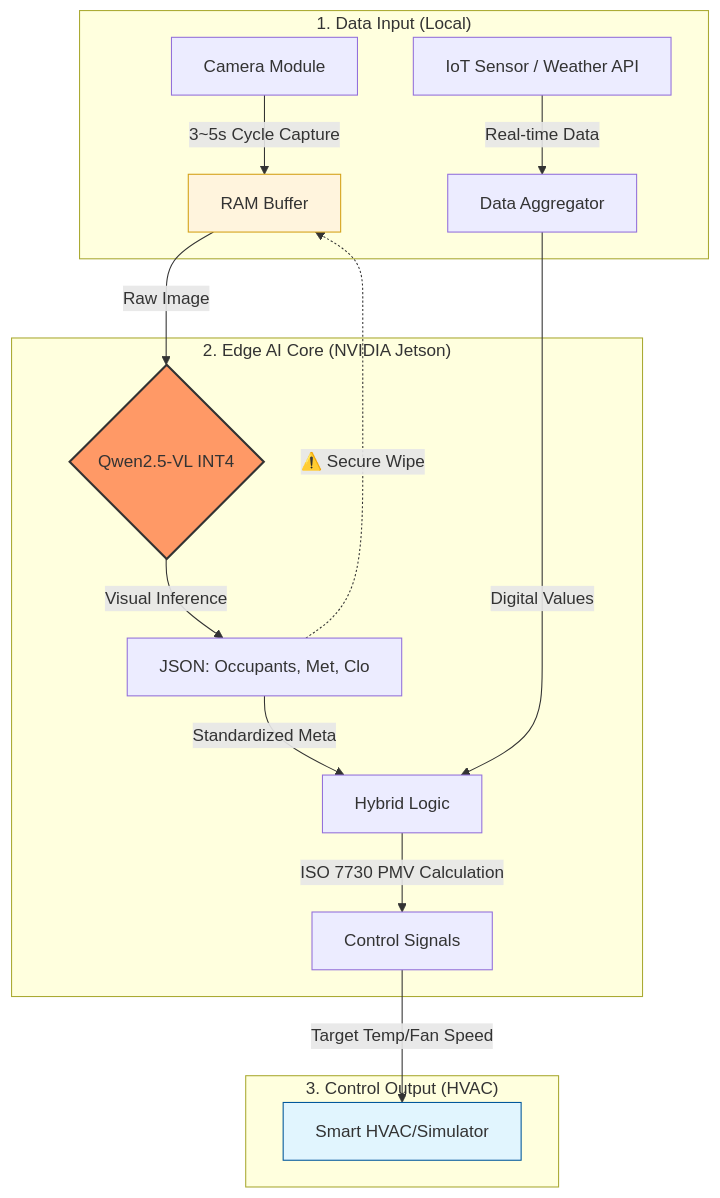
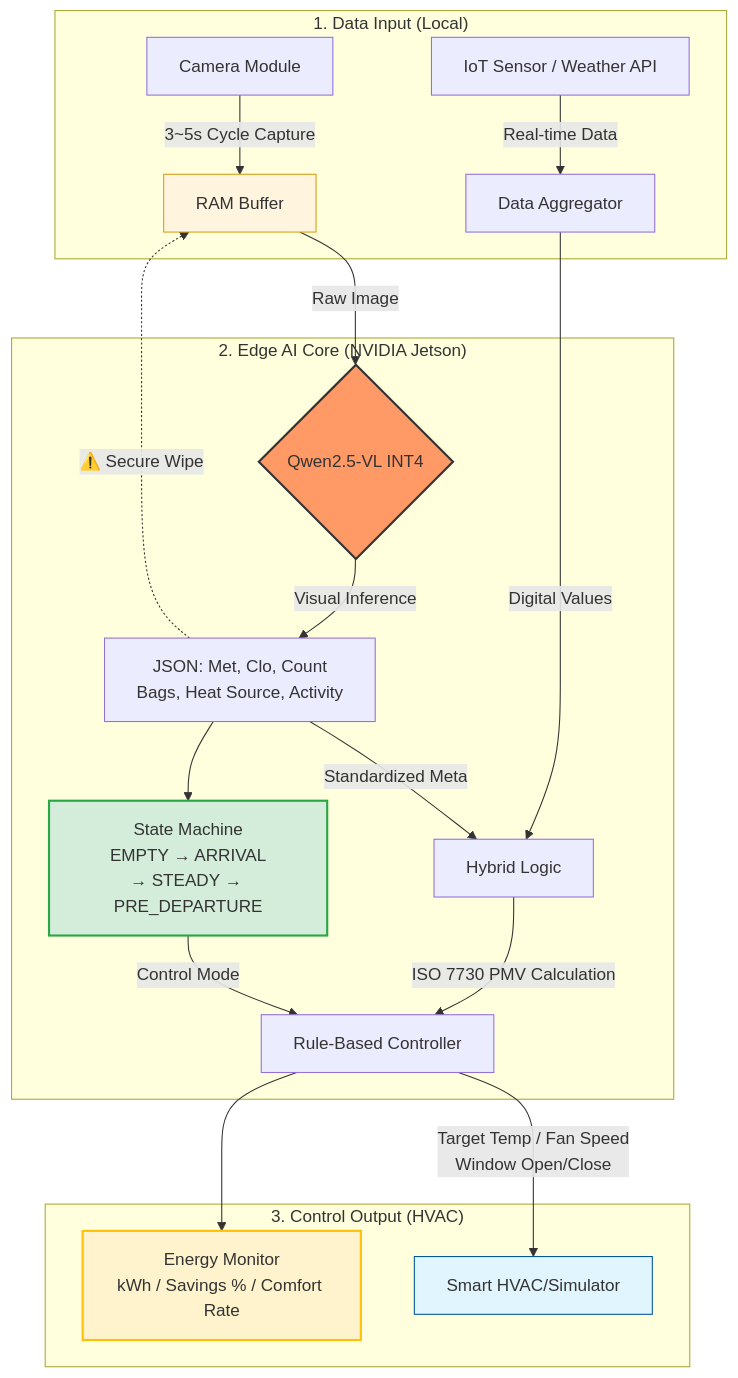
The diagram in README.md (KINN-CH/edge-vlm-hvac-system), drawn with Mermaid before and after one commit. The commit also changed other lines of this file and 5 other files, not shown here.

````diff
--- a/README.md
+++ b/README.md
@@ -59,25 +67,31 @@
 ```mermaid
 graph TD
     subgraph "1. Data Input (Local)"
         A1[Camera Module] -- "3~5s Cycle Capture" --> B1
         A2[IoT Sensor / Weather API] -- "Real-time Data" --> B2
     end
 
     subgraph "2. Edge AI Core (NVIDIA Jetson)"
         B1[RAM Buffer] -- "Raw Image" --> C1
         C1{Qwen2.5-VL INT4} -- "Visual Inference" --> D1
-        D1[JSON: Occupants, Met, Clo] -- "Standardized Meta" --> E1
+        D1["JSON: Met, Clo, Count\nBags, Heat Source, Activity"] -- "Standardized Meta" --> E1
         D1 -.-> |"⚠️ Secure Wipe"| B1
-        
+
         B2[Data Aggregator] -- "Digital Values" --> E1
         E1[Hybrid Logic] -- "ISO 7730 PMV Calculation" --> F1
+
+        D1 --> SM["State Machine\nEMPTY → ARRIVAL\n→ STEADY → PRE_DEPARTURE"]
+        SM -- "Control Mode" --> F1
     end
 
     subgraph "3. Control Output (HVAC)"
-        F1[Control Signals] -- "Target Temp/Fan Speed" --> G1[Smart HVAC/Simulator]
+        F1[Rule-Based Controller] -- "Target Temp / Fan Speed\nWindow Open/Close" --> G1[Smart HVAC/Simulator]
+        F1 --> EM[Energy Monitor\nkWh / Savings % / Comfort Rate]
     end
 
     style C1 fill:#f96,stroke:#333,stroke-width:2px
     style B1 fill:#fff4dd,stroke:#d4a017
     style G1 fill:#e1f5fe,stroke:#01579b
+    style SM fill:#d4edda,stroke:#28a745,stroke-width:2px
+    style EM fill:#fff3cd,stroke:#ffc107,stroke-width:2px
 ```
````
